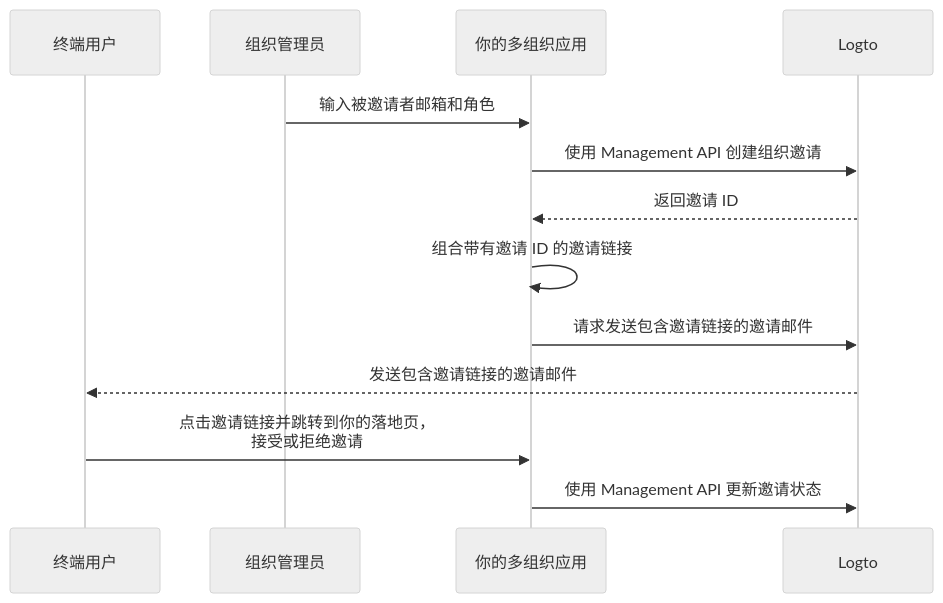
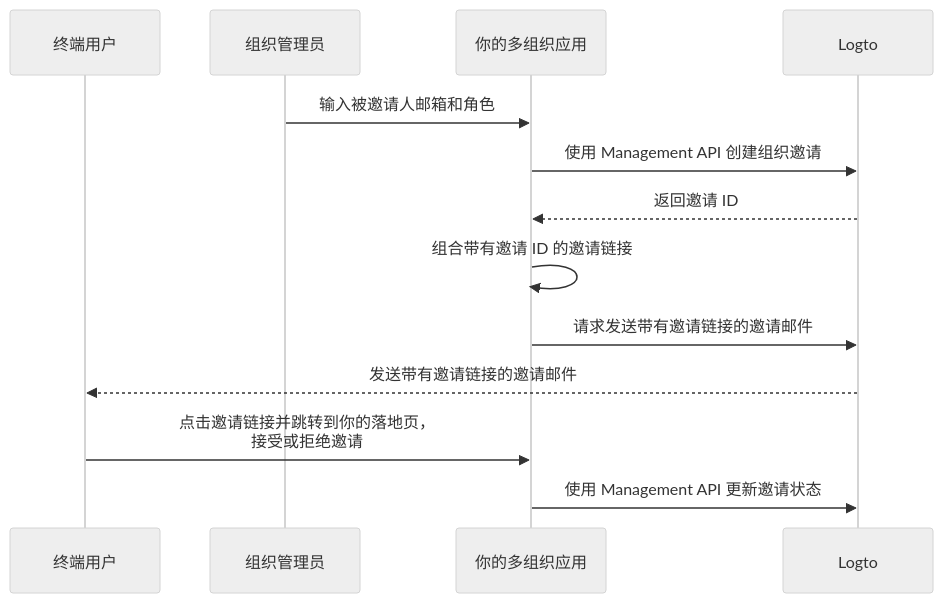
One commit to logto-io/docs changed the diagram in i18n/zh-CN/docusaurus-plugin-content-docs/current/end-user-flows/organization-experience/invite-organization-members.mdx. Above: the diagram before and after it, drawn with Mermaid (neutral theme). The commit also changed other lines of this file and 16 other files, not shown here.

````diff
--- a/i18n/zh-CN/docusaurus-plugin-content-docs/current/end-user-flows/organization-experience/invite-organization-members.mdx
+++ b/i18n/zh-CN/docusaurus-plugin-content-docs/current/end-user-flows/organization-experience/invite-organization-members.mdx
@@ -13,16 +13,16 @@
 ```mermaid
 sequenceDiagram
 	Participant U as 终端用户
   Participant A as 组织管理员
   Participant C as 你的多组织应用
 	Participant L as Logto
 
-  A ->> C: 输入被邀请者邮箱和角色
+  A ->> C: 输入被邀请人邮箱和角色
   C ->> L: 使用 Management API 创建组织邀请
   L -->> C: 返回邀请 ID
   C ->> C: 组合带有邀请 ID 的邀请链接
-  C ->> L: 请求发送包含邀请链接的邀请邮件
-  L -->> U: 发送包含邀请链接的邀请邮件
+  C ->> L: 请求发送带有邀请链接的邀请邮件
+  L -->> U: 发送带有邀请链接的邀请邮件
   U ->> C: 点击邀请链接并跳转到你的落地页，<br /> 接受或拒绝邀请
   C ->> L: 使用 Management API 更新邀请状态
 ```
````
